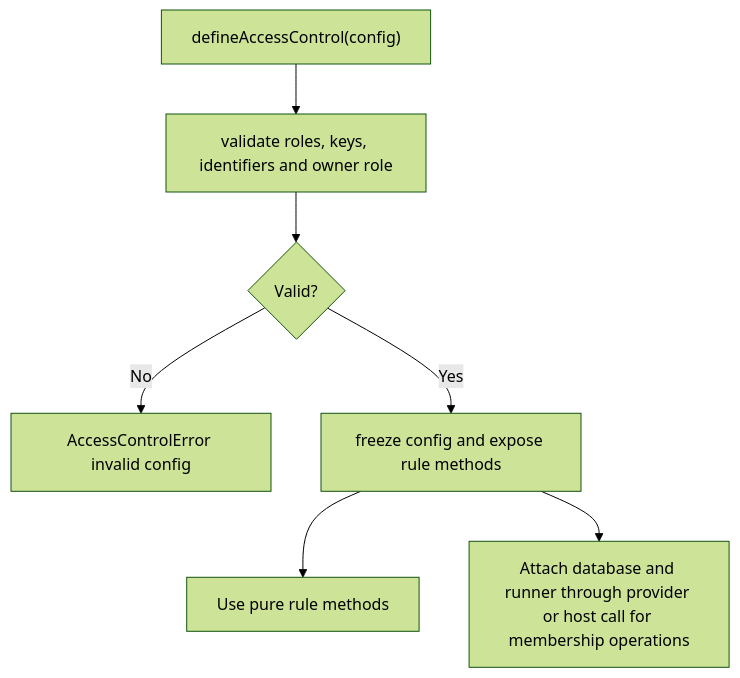
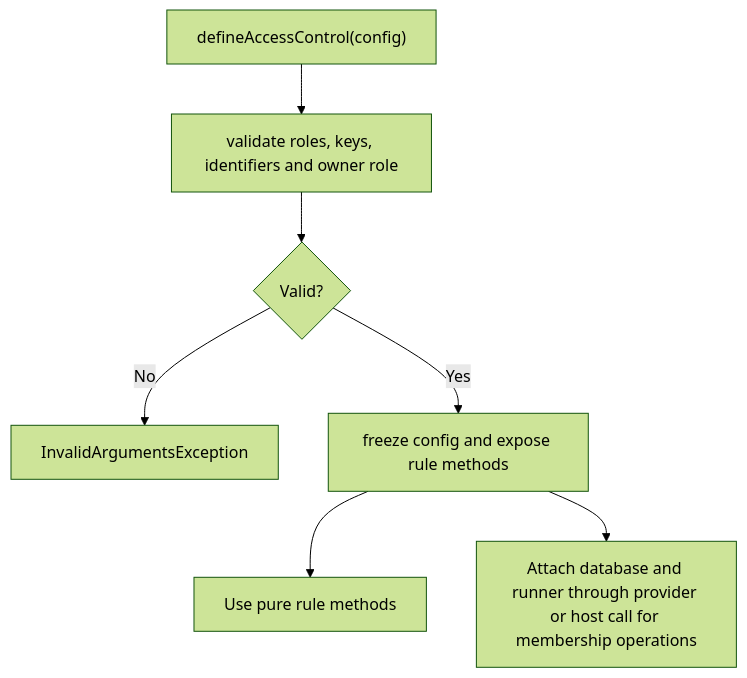
The second of 2 diagrams in user-stories/US-ACCESS-01-define-role-matrix.md (Kevinjohn/oss-adonisjs-access-control), drawn with Mermaid (forest theme) before and after one commit. The commit also changed 37 other files, not shown here.

````diff
--- a/user-stories/US-ACCESS-01-define-role-matrix.md
+++ b/user-stories/US-ACCESS-01-define-role-matrix.md
@@ -34,9 +34,9 @@
 ```mermaid
 flowchart TD
     A["defineAccessControl(config)"] --> B["validate roles, keys, identifiers and owner role"]
     B --> C{"Valid?"}
-    C -->|No| D["AccessControlError invalid config"]
+    C -->|No| D["InvalidArgumentsException"]
     C -->|Yes| E["freeze config and expose rule methods"]
     E --> F["Use pure rule methods"]
     E --> G["Attach database and runner through provider or host call for membership operations"]
 ```
````
